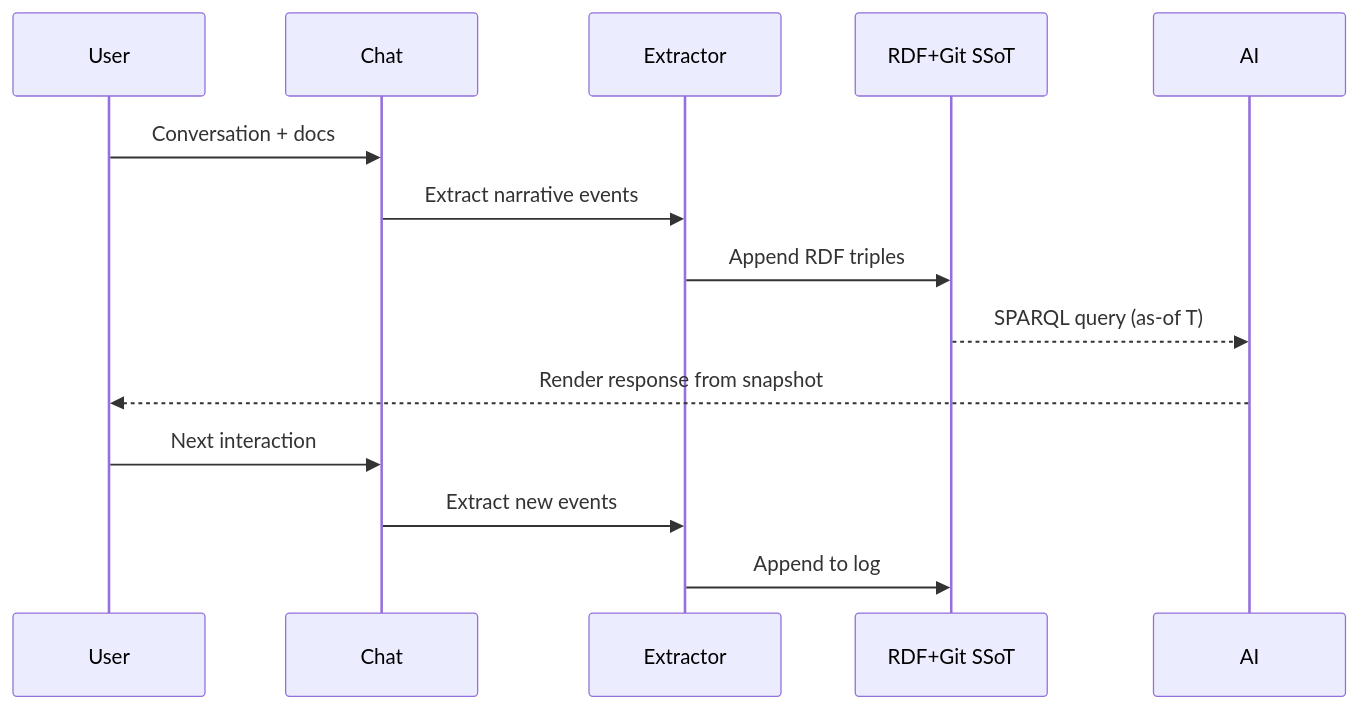
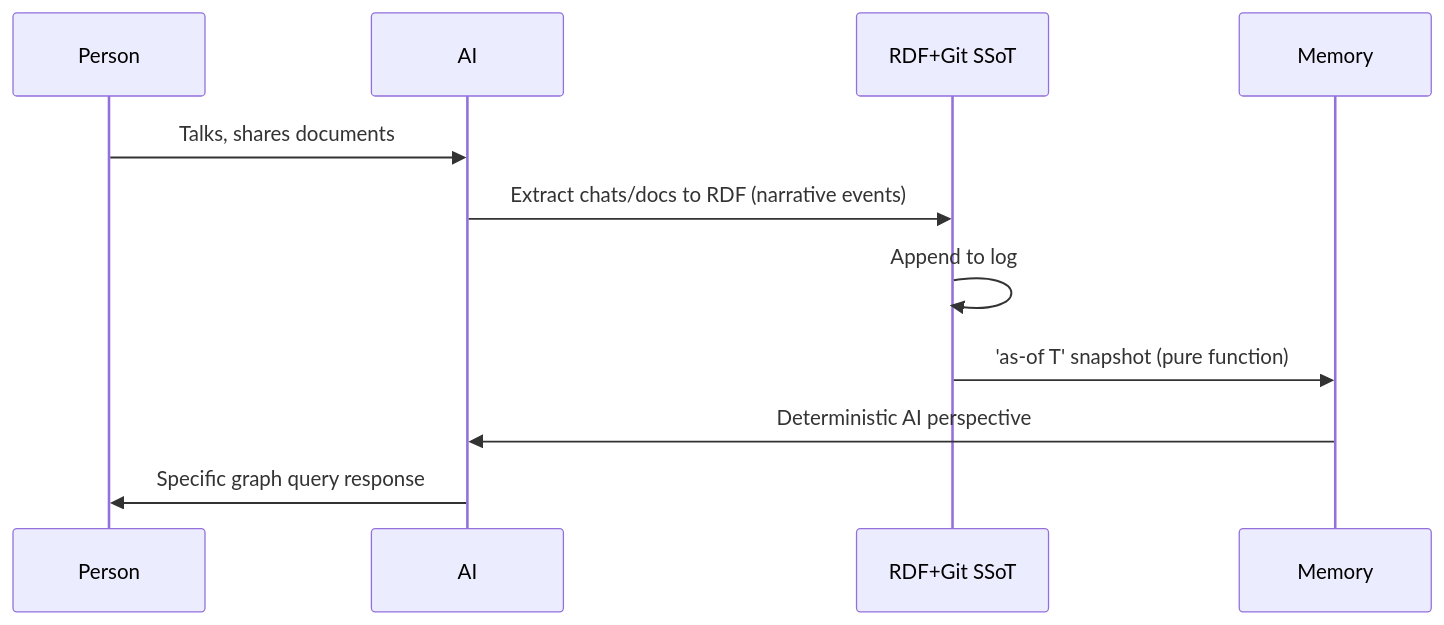
Before and after one commit to Synthetic-Identity-Co/conj-talk-2025: the third of 3 diagrams in conj-essay.md, drawn with Mermaid. The commit also changed other lines of this file, not shown here.

````diff
--- a/conj-essay.md
+++ b/conj-essay.md
@@ -159,17 +94,14 @@
 ```mermaid
 sequenceDiagram
-    participant User
-    participant Chat
-    participant Extractor
-    participant Git as RDF+Git SSoT
+    participant Person
     participant AI
-    
-    User->>Chat: Conversation + docs
-    Chat->>Extractor: Extract narrative events
-    Extractor->>Git: Append RDF triples
-    Git-->>AI: SPARQL query (as-of T)
-    AI-->>User: Render response from snapshot
-    User->>Chat: Next interaction
-    Chat->>Extractor: Extract new events
-    Extractor->>Git: Append to log
+    participant RDF as RDF+Git SSoT
+    participant Memory
+
+    Person->>AI: Talks, shares documents
+    AI->>RDF: Extract chats/docs to RDF (narrative events)
+    RDF->>RDF: Append to log
+    RDF->>Memory: 'as-of T' snapshot (pure function)
+    Memory->>AI: Deterministic AI perspective
+    AI->>Person: Specific graph query response
 ```
````
